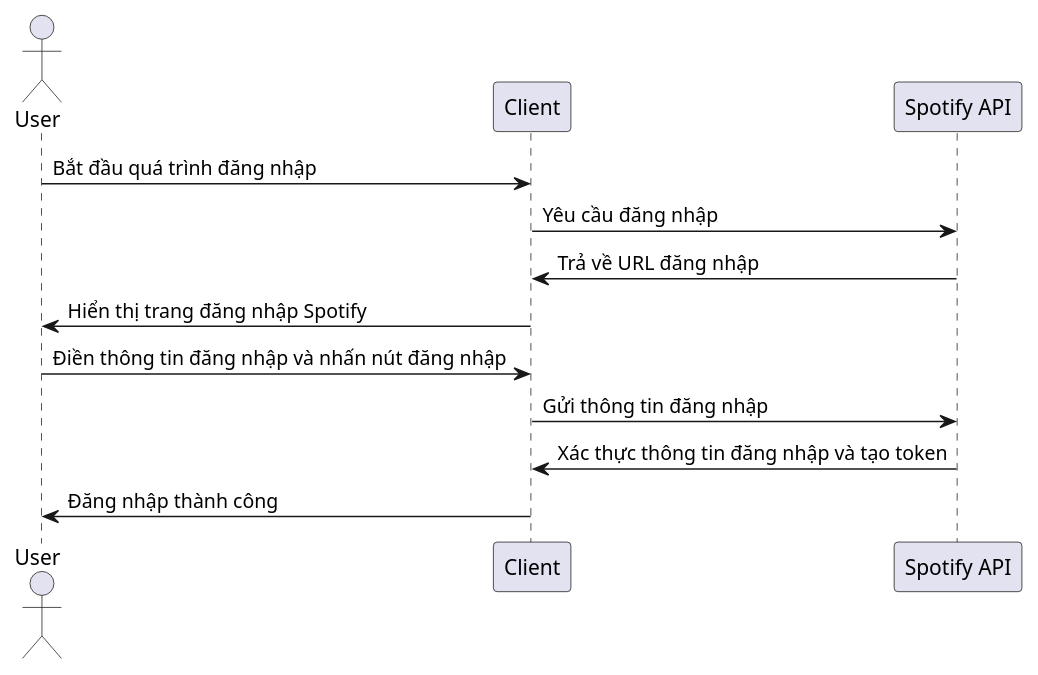
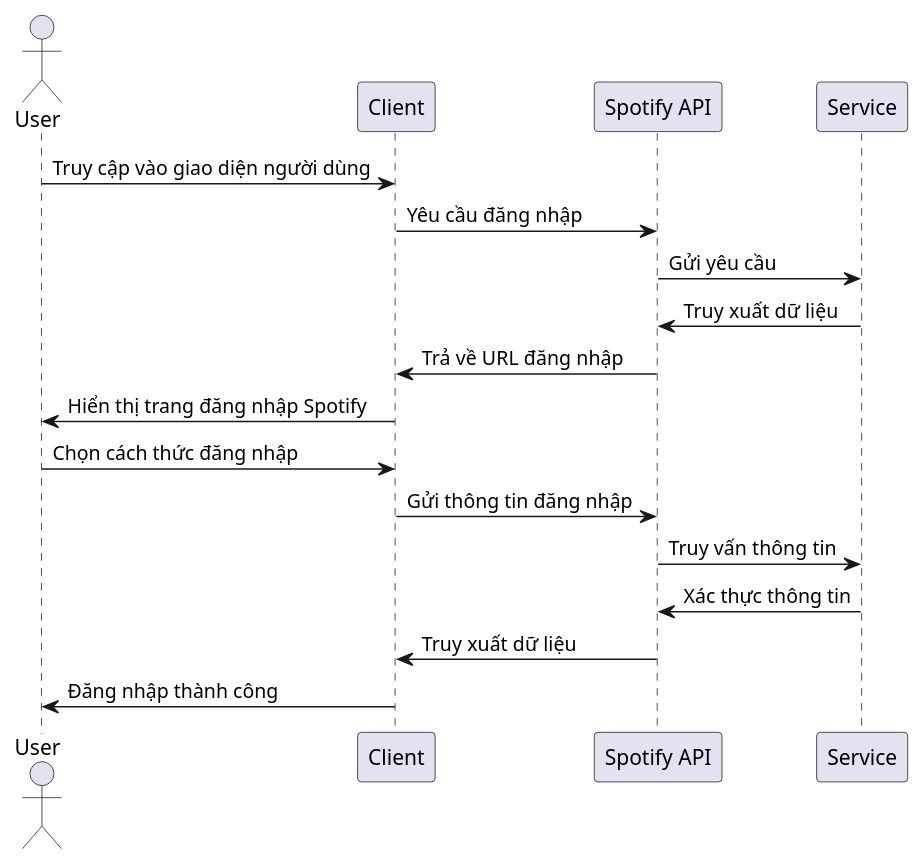
The diagram in docs/umls/sequence/ds-1.puml (VanHuy-2904/Clone-Spotify), drawn with PlantUML before and after one commit. The commit also changed 21 other files, not shown here.

```diff
--- a/docs/umls/sequence/ds-1.puml
+++ b/docs/umls/sequence/ds-1.puml
@@ -1,14 +1,20 @@
 @startuml
 actor User
 participant "Client" as Client
 participant "Spotify API" as Spotify
+participant "Service" as Service
 
-User -> Client: Bắt đầu quá trình đăng nhập
+
+User -> Client: Truy cập vào giao diện người dùng
 Client -> Spotify: Yêu cầu đăng nhập
+Spotify -> Service: Gửi yêu cầu
+Service -> Spotify: Truy xuất dữ liệu
 Spotify -> Client: Trả về URL đăng nhập
 Client -> User: Hiển thị trang đăng nhập Spotify
-User -> Client: Điền thông tin đăng nhập và nhấn nút đăng nhập
+User -> Client: Chọn cách thức đăng nhập 
 Client -> Spotify: Gửi thông tin đăng nhập
-Spotify -> Client: Xác thực thông tin đăng nhập và tạo token
+Spotify -> Service: Truy vấn thông tin
+Service -> Spotify: Xác thực thông tin
+Spotify -> Client: Truy xuất dữ liệu 
 Client -> User: Đăng nhập thành công
 @enduml
```
